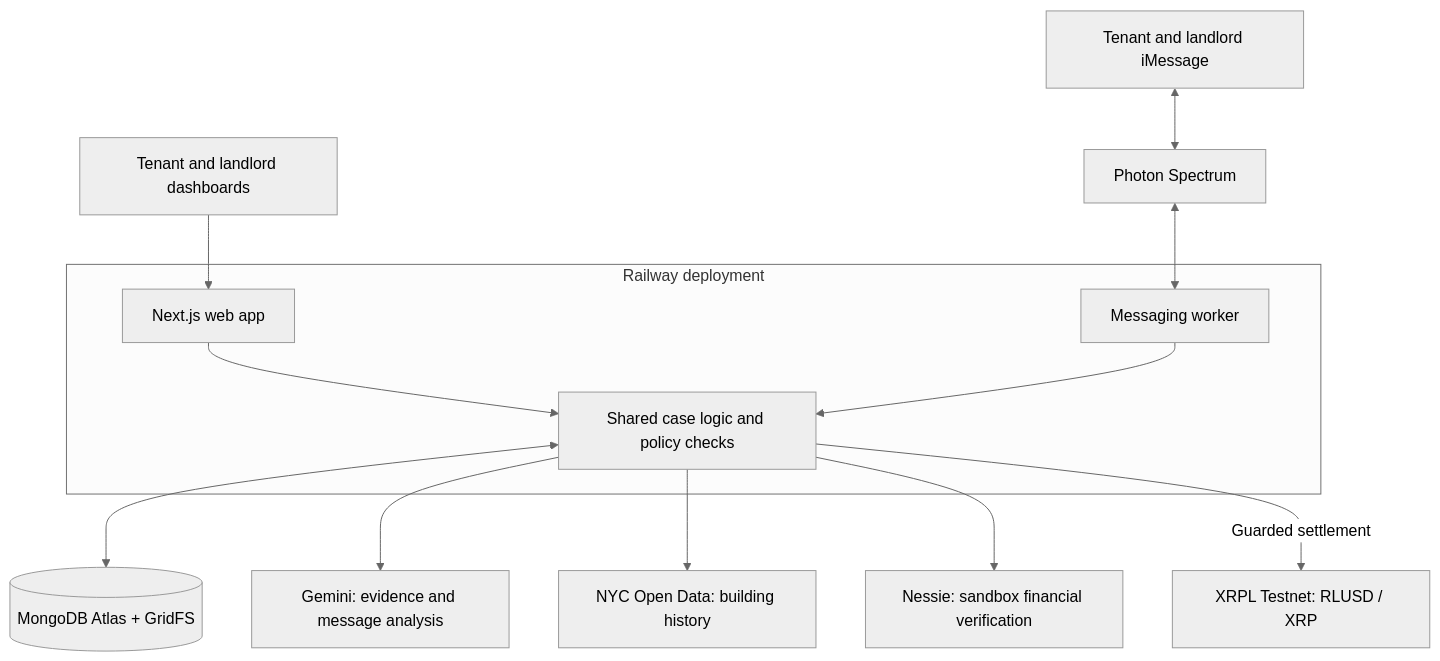
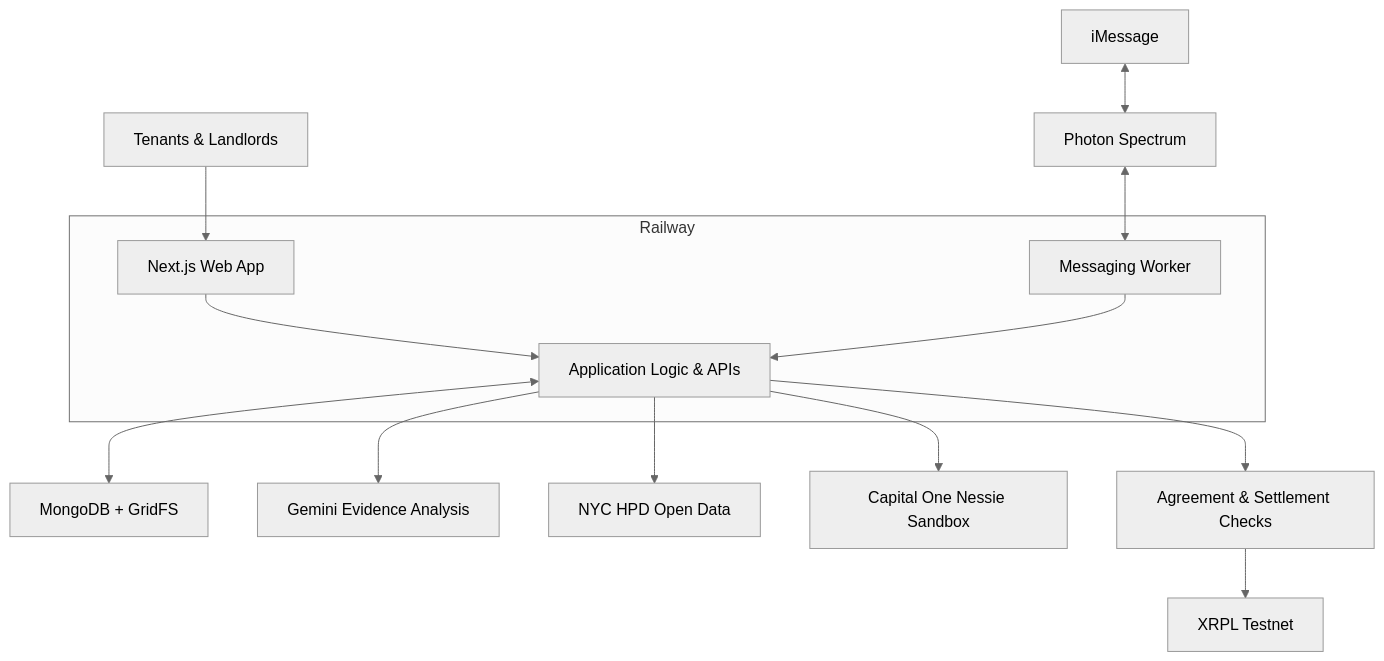
One commit to mujtaba-atif/divhacks1 changed the diagram in README.md. Above: the diagram before and after it, drawn with Mermaid (neutral theme). The commit also changed other lines of this file, not shown here.

````diff
--- a/README.md
+++ b/README.md
@@ -30,21 +43,18 @@
 ```mermaid
 flowchart TD
-    Users["Tenant and landlord dashboards"] --> Web
+    Users["Tenants & Landlords"] --> Web["Next.js Web App"]
+    Phones["iMessage"] <--> Photon["Photon Spectrum"]
+    Photon <--> Worker["Messaging Worker"]
 
-    subgraph Railway["Railway deployment"]
-        Web["Next.js web app"]
-        Worker["Messaging worker"]
-        Logic["Shared case logic and policy checks"]
-        Web --> Logic
-        Worker --> Logic
+    subgraph Railway["Railway"]
+        Web --> Backend["Application Logic & APIs"]
+        Worker --> Backend
     end
 
-    Phones["Tenant and landlord iMessage"] <--> Spectrum["Photon Spectrum"]
-    Spectrum <--> Worker
-
-    Logic <--> DB[("MongoDB Atlas + GridFS")]
-    Logic --> Gemini["Gemini: evidence and message analysis"]
-    Logic --> NYC["NYC Open Data: building history"]
-    Logic --> Nessie["Nessie: sandbox financial verification"]
-    Logic -->|Guarded settlement| XRPL["XRPL Testnet: RLUSD / XRP"]
+    Backend <--> DB["MongoDB + GridFS"]
+    Backend --> AI["Gemini Evidence Analysis"]
+    Backend --> NYC["NYC HPD Open Data"]
+    Backend --> Bank["Capital One Nessie Sandbox"]
+    Backend --> Rules["Agreement & Settlement Checks"]
+    Rules --> Ledger["XRPL Testnet"]
 ```
````
